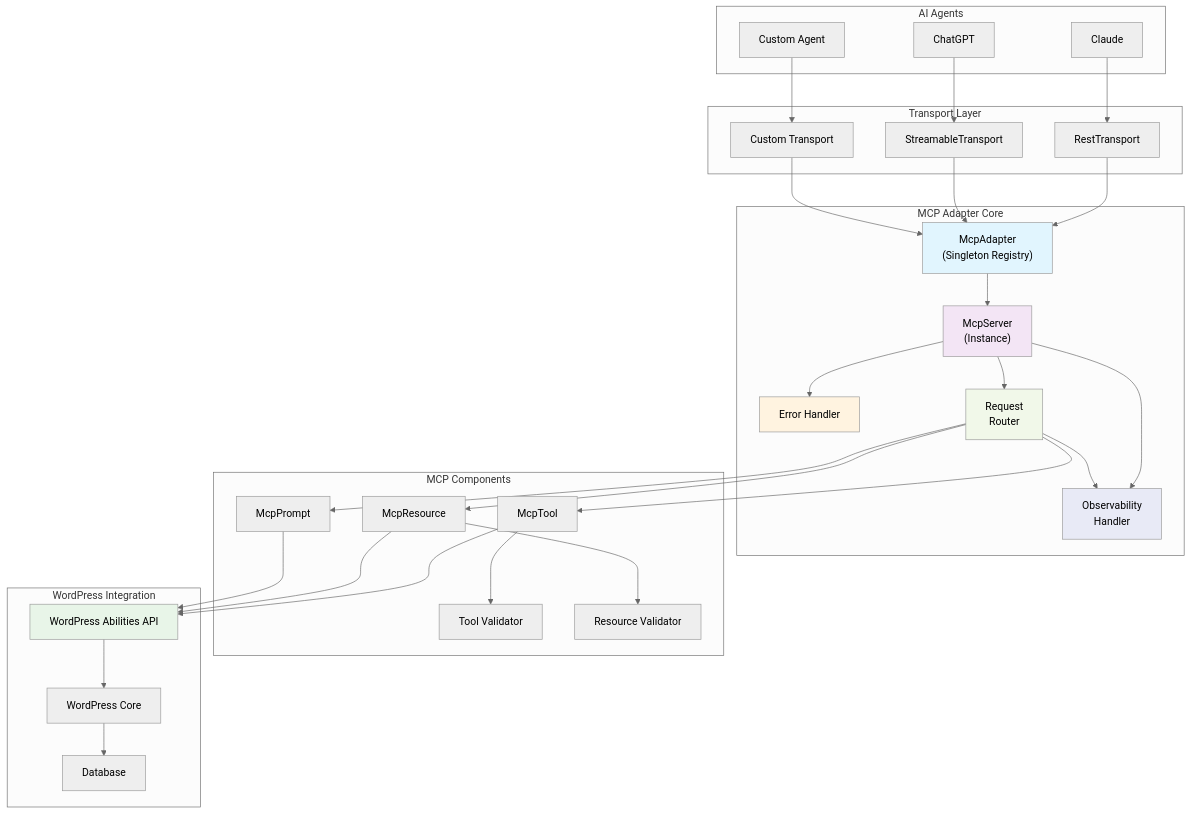
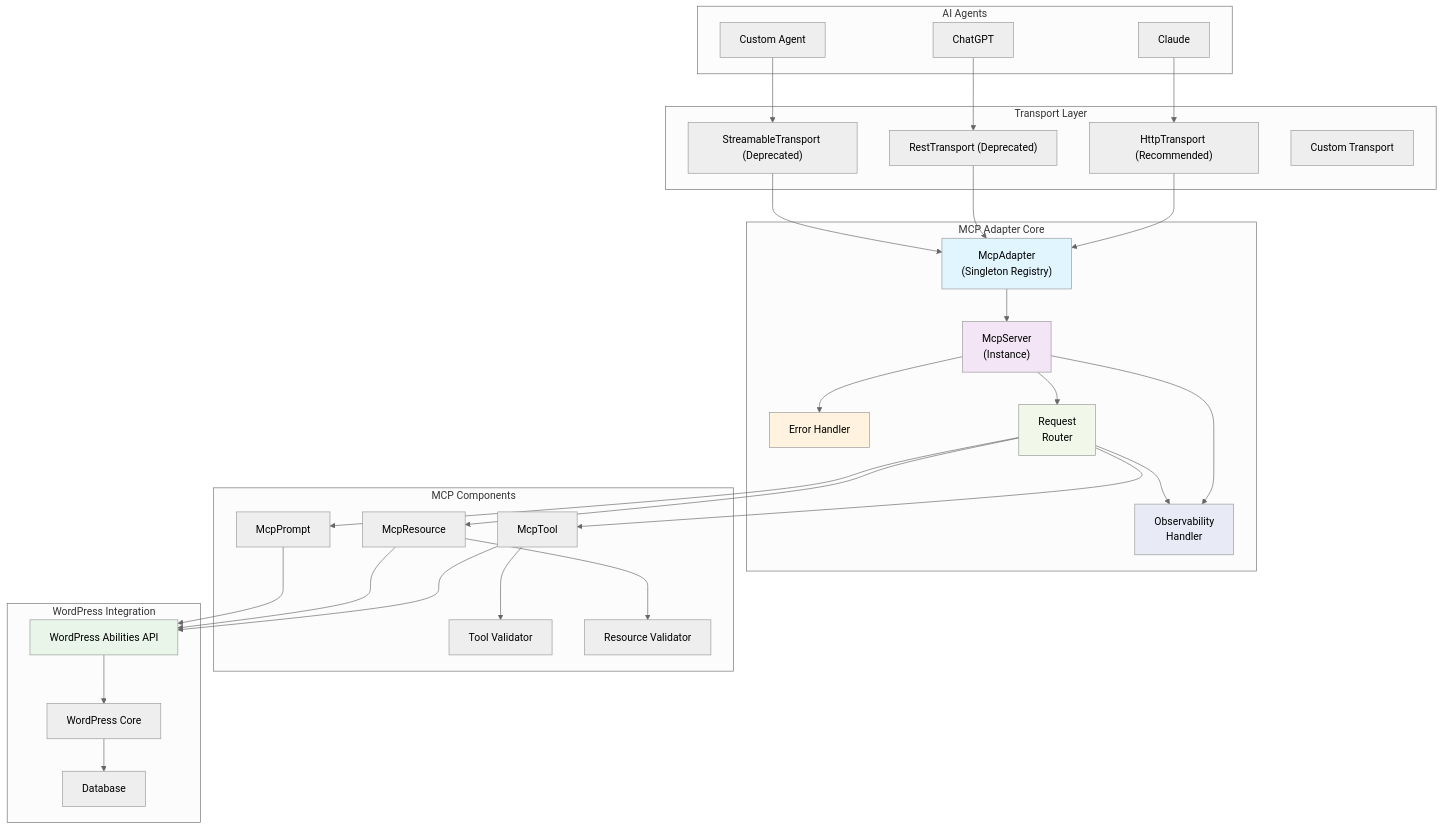
The third of 4 diagrams in docs/architecture/overview.md (WordPress/mcp-adapter), drawn with Mermaid (neutral theme) before and after one commit. The commit also changed other lines of this file, not shown here.

Commit message:
docs: Update architecture overview for HttpTransport

````diff
--- a/docs/architecture/overview.md
+++ b/docs/architecture/overview.md
@@ -219,70 +220,71 @@
 ```mermaid
 graph TB
     subgraph "AI Agents"
         A1["Claude"]
         A2["ChatGPT"]
         A3["Custom Agent"]
     end
     
     subgraph "Transport Layer"
-        T1["RestTransport"]
-        T2["StreamableTransport"]
-        T3["Custom Transport"]
+        T1["HttpTransport (Recommended)"]
+        T2["RestTransport (Deprecated)"]
+        T3["StreamableTransport (Deprecated)"]
+        T4["Custom Transport"]
     end
     
     subgraph "MCP Adapter Core"
         MC["McpAdapter<br/>(Singleton Registry)"]
         MS["McpServer<br/>(Instance)"]
         EH["Error Handler"]
         OH["Observability<br/>Handler"]
         RR["Request<br/>Router"]
     end
     
     subgraph "MCP Components"
         MT["McpTool"]
         MR["McpResource"]
         MP["McpPrompt"]
         V1["Tool Validator"]
         V2["Resource Validator"]
     end
     
     subgraph "WordPress Integration"
         WA["WordPress Abilities API"]
         WP["WordPress Core"]
         DB["Database"]
     end
     
     A1 --> T1
     A2 --> T2
     A3 --> T3
     
     T1 --> MC
     T2 --> MC
     T3 --> MC
     
     MC --> MS
     MS --> RR
     RR --> MT
     RR --> MR
     RR --> MP
     MS --> EH
     MS --> OH
     RR --> OH
     
     MT --> V1
     MR --> V2
     
     MT --> WA
     MR --> WA
     MP --> WA
     
     WA --> WP
     WP --> DB
     
     style MC fill:#e1f5fe
     style MS fill:#f3e5f5
     style WA fill:#e8f5e8
     style EH fill:#fff3e0
     style OH fill:#e8eaf6
     style RR fill:#f1f8e9
 ```
````
